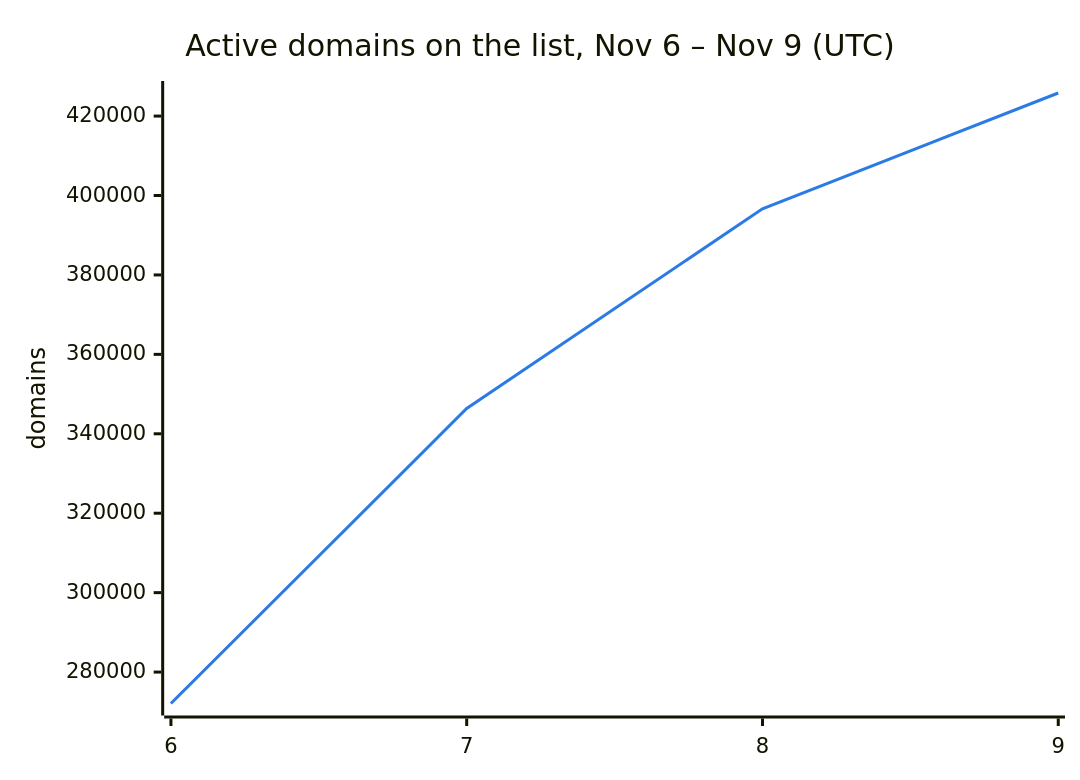
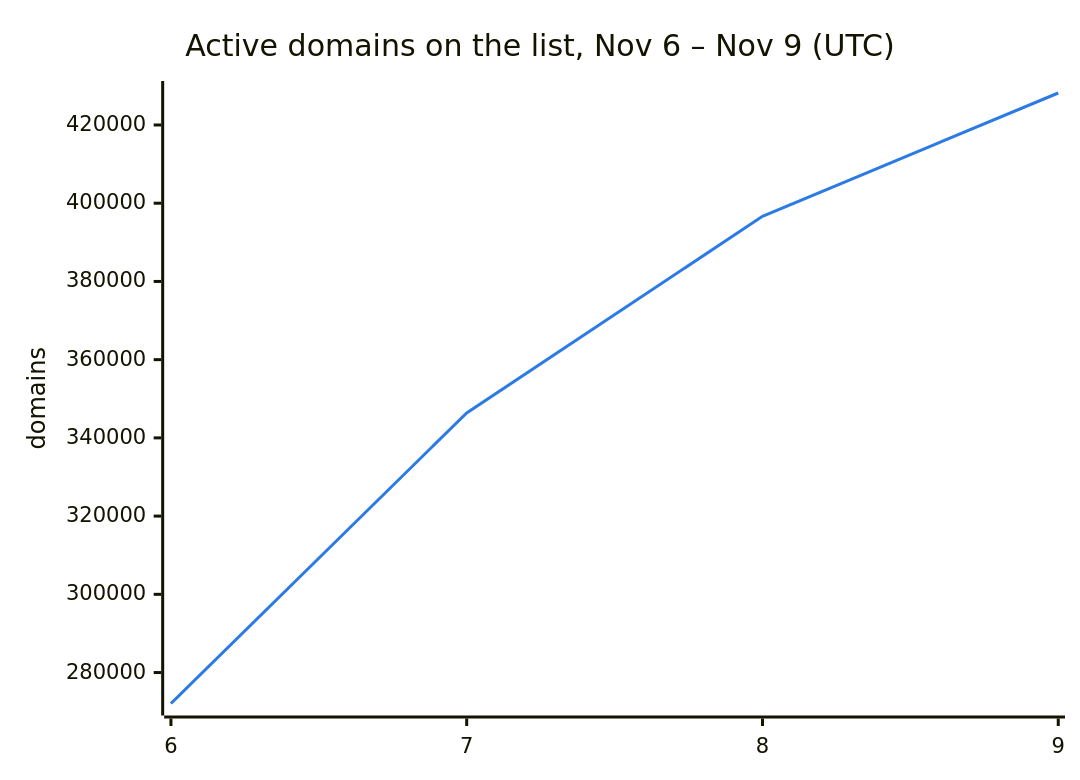
One commit to DNSBunker/CTI changed the second of 3 diagrams in README.md. Above: the diagram before and after it, drawn with Mermaid. The commit also changed other lines of this file and 3 other files, not shown here.

````diff
--- a/README.md
+++ b/README.md
@@ -38,8 +38,8 @@
 ```mermaid
 %%{init: {"themeVariables": {"xyChart": {"plotColorPalette": "#2c7be5"}}}}%%
 xychart-beta
     title "Active domains on the list, Nov 6 – Nov 9 (UTC)"
     x-axis ["6", "7", "8", "9"]
     y-axis "domains"
-    line [272088, 346388, 396638, 425812]
+    line [272088, 346388, 396638, 428179]
 ```
````
